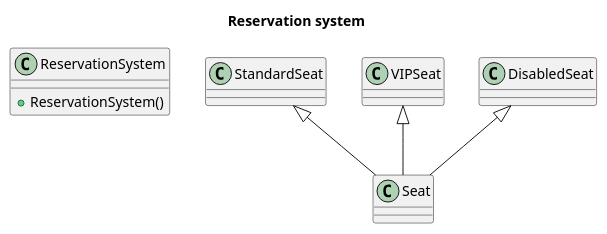
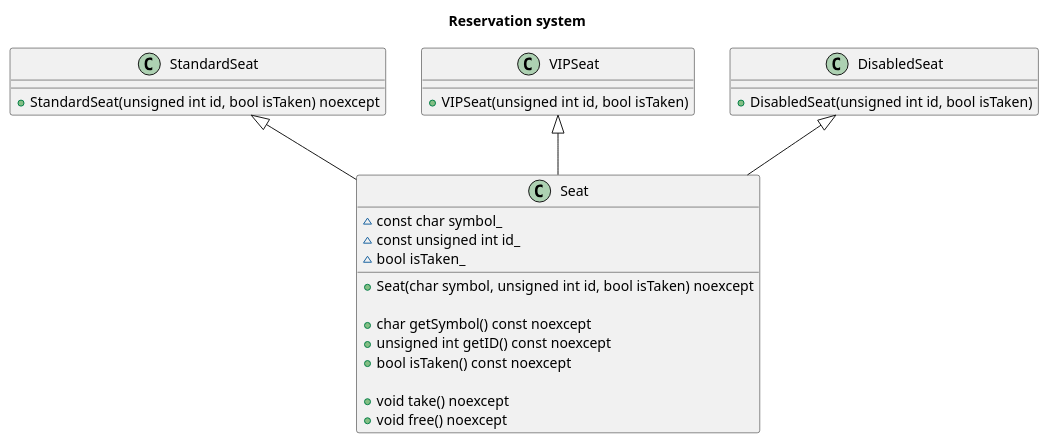
One commit to anraf1001/reservation-system changed the diagram in reservation-system.plantuml. Above: the diagram before and after it, drawn with PlantUML. The commit also changed 1 other file, not shown here.

Commit message:
Update UML

```diff
--- a/reservation-system.plantuml
+++ b/reservation-system.plantuml
@@ -1,31 +1,39 @@
 @startuml Reservation system
 
 title
 Reservation system
 end title
 
-class ReservationSystem {
-    +ReservationSystem()
+class Seat {
+    +Seat(char symbol, unsigned int id, bool isTaken) noexcept
+
+    +char getSymbol() const noexcept
+    +unsigned int getID() const noexcept
+    +bool isTaken() const noexcept
+
+    +void take() noexcept
+    +void free() noexcept
+
+    ~const char symbol_
+    ~const unsigned int id_
+    ~bool isTaken_
 }
 
-class Seat {
-
-}
 
 class StandardSeat {
-
+    +StandardSeat(unsigned int id, bool isTaken) noexcept
 }
 
 class VIPSeat {
-
+    +VIPSeat(unsigned int id, bool isTaken)
 }
 
 class DisabledSeat {
-
+    +DisabledSeat(unsigned int id, bool isTaken)
 }
 
 StandardSeat <|-- Seat
 VIPSeat <|-- Seat
 DisabledSeat <|-- Seat
 
 @enduml
```
